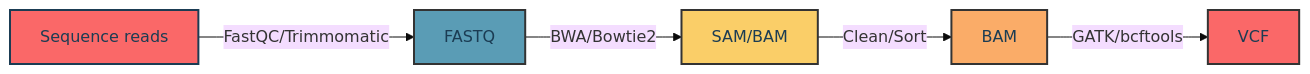
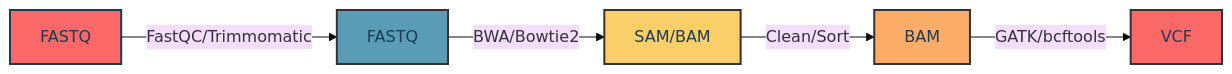
The diagram in lessons/day2-shortread-1.md (ColonnaLab/LongReadSeqDataAnalysis), drawn with Mermaid (base theme) before and after one commit. The commit also changed other lines of this file, not shown here.

`````diff
--- a/lessons/day2-shortread-1.md
+++ b/lessons/day2-shortread-1.md
@@ -5,14 +4,14 @@
 ````mermaid
 graph LR
-    A[Sequence reads] -->|FastQC/Trimmomatic| B[FASTQ]
+    A[FASTQ] -->|FastQC/Trimmomatic| B[FASTQ]
     B -->|BWA/Bowtie2| C[SAM/BAM]
     C -->|Clean/Sort| D[BAM]
     D -->|GATK/bcftools| E[VCF]
     
     style A fill:#FA6868,stroke:#1B3C53,stroke-width:2px,color:#1B3C53
     style B fill:#5A9CB5,stroke:#333,stroke-width:2px,color:#1B3C53
     style C fill:#FACE68,stroke:#333,stroke-width:2px,color:#1B3C53
     style D fill:#FAAC68,stroke:#333,stroke-width:2px,color:#1B3C53
     style E fill:#FA6868,stroke:#333,stroke-width:2px,color:#1B3C53
 
 ````
`````
